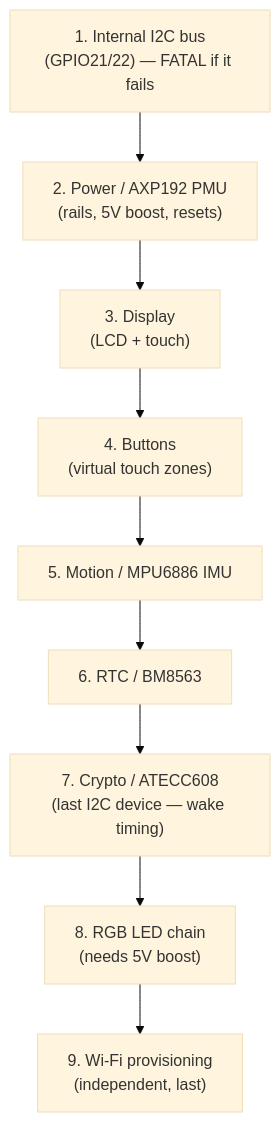
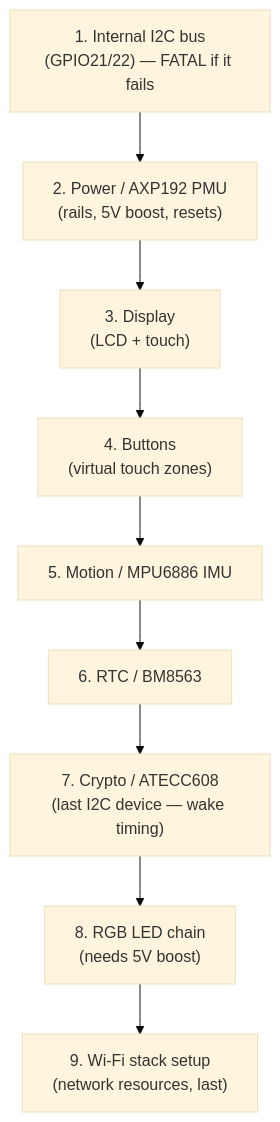
Before and after one commit to rashedtalukder/Core2-for-AWS-IoT-EduKit: the second of 3 diagrams in .claude/design.md, drawn with Mermaid (base theme). The commit also changed other lines of this file and 34 other files, not shown here.

````diff
--- a/.claude/design.md
+++ b/.claude/design.md
@@ -108,12 +115,12 @@
 ```mermaid
 graph TD
     S1["1. Internal I2C bus<br/>(GPIO21/22) — FATAL if it fails"] --> S2
     S2["2. Power / AXP192 PMU<br/>(rails, 5V boost, resets)"] --> S3
     S3["3. Display<br/>(LCD + touch)"] --> S4
     S4["4. Buttons<br/>(virtual touch zones)"] --> S5
     S5["5. Motion / MPU6886 IMU"] --> S6
     S6["6. RTC / BM8563"] --> S7
     S7["7. Crypto / ATECC608<br/>(last I2C device — wake timing)"] --> S8
     S8["8. RGB LED chain<br/>(needs 5V boost)"] --> S9
-    S9["9. Wi-Fi provisioning<br/>(independent, last)"]
+    S9["9. Wi-Fi stack setup<br/>(network resources, last)"]
 ```
````
